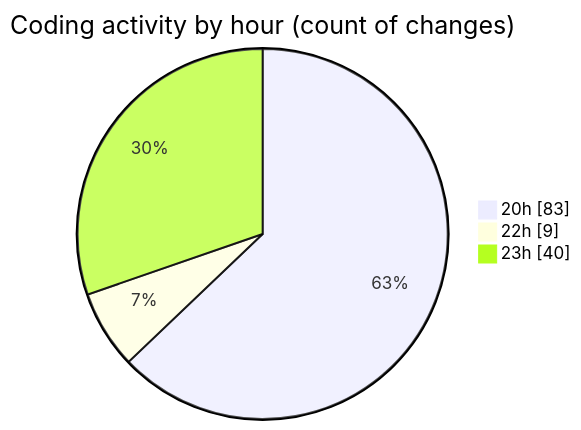
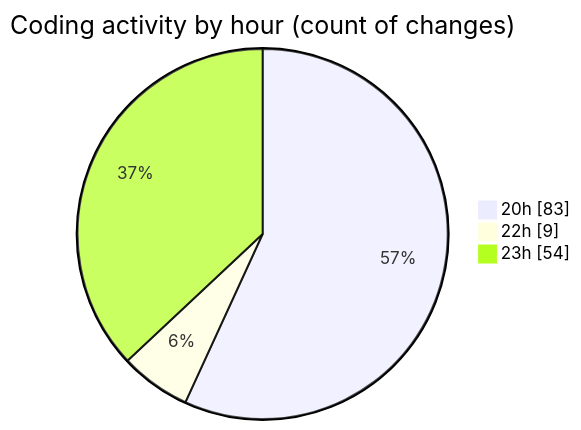
One commit to Ritupan-Deka/code-tracking changed the second of 2 diagrams in 2025-07-26/javascript/README.md. Above: the diagram before and after it, drawn with Mermaid. The commit also changed other lines of this file and 1 other file, not shown here.

````diff
--- a/2025-07-26/javascript/README.md
+++ b/2025-07-26/javascript/README.md
@@ -29,7 +29,7 @@
 ```mermaid
 pie showData
 title Coding activity by hour (count of changes)
 "20h" : 83
 "22h" : 9
-"23h" : 40
+"23h" : 54
 ```
````
